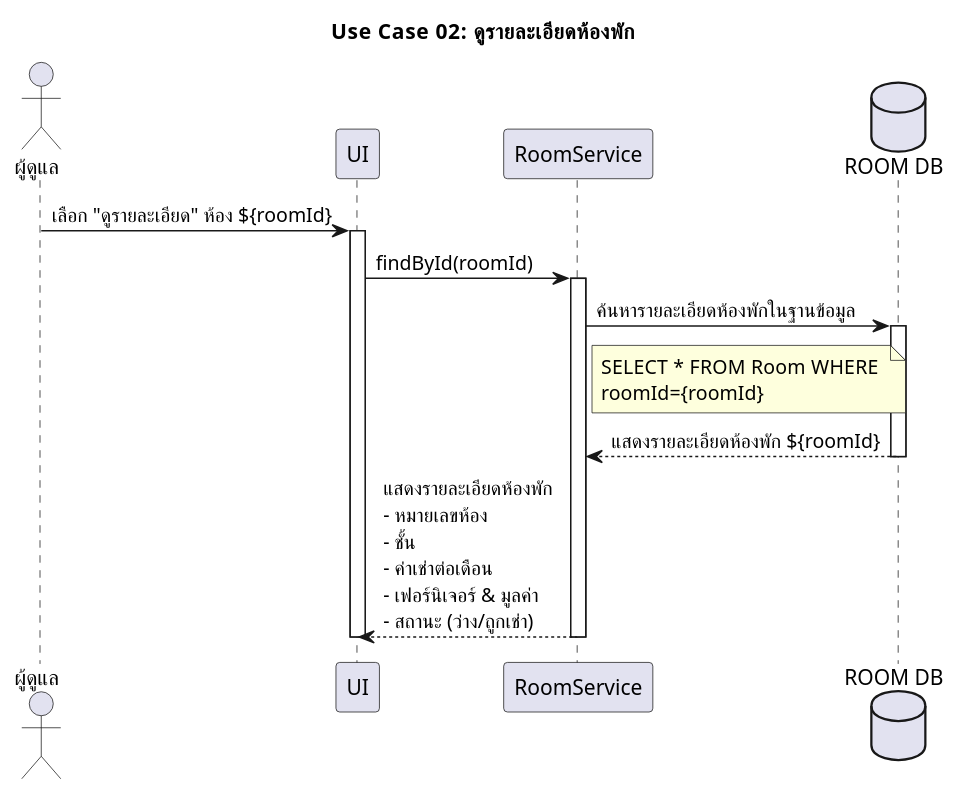
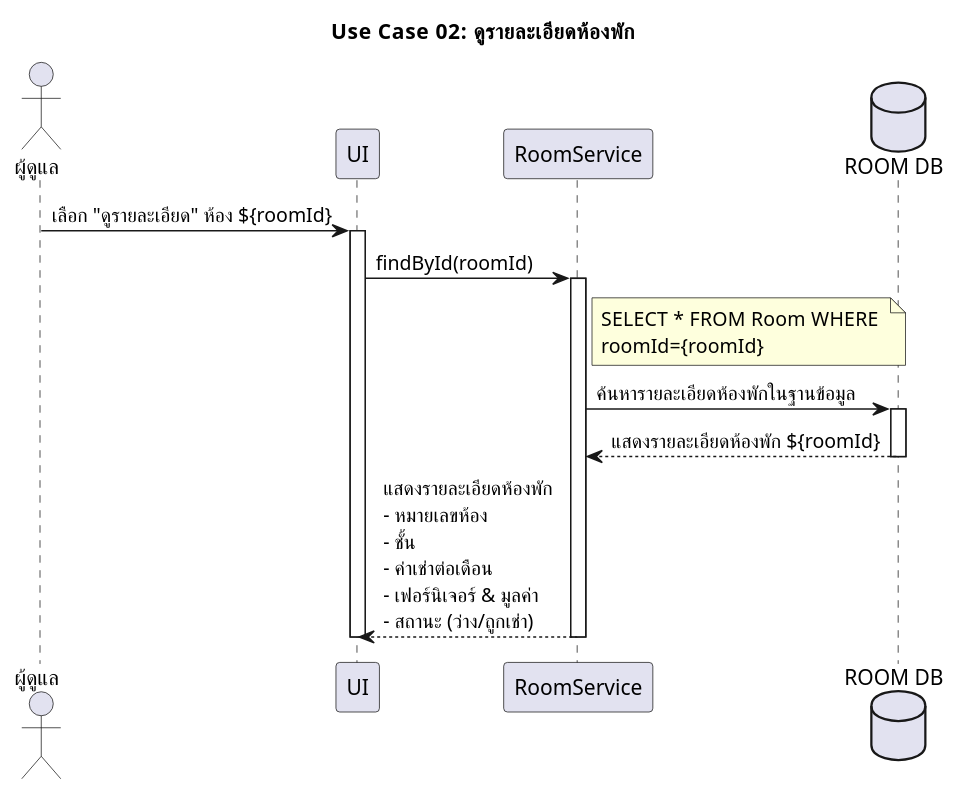
One commit to warinyang/UML-monthly-room-rent changed the diagram in UseCase02_room_detail.plantuml. Above: the diagram before and after it, drawn with PlantUML. The commit also changed 15 other files, not shown here.

```diff
--- a/UseCase02_room_detail.plantuml
+++ b/UseCase02_room_detail.plantuml
@@ -1,26 +1,24 @@
 @startuml Use Case 02: ดูรายละเอียดห้องพัก
 skinparam defaultFontName "TH Sarabun New"
 title Use Case 02: ดูรายละเอียดห้องพัก
 actor "ผู้ดูแล" as Admin
 participant "UI" as UI
 participant "RoomService" as  MSROOM
 database    "ROOM DB"   as Room
 
 Admin -> UI  : เลือก "ดูรายละเอียด" ห้อง ${roomId}
 activate UI
 UI -> MSROOM :findById(roomId)
 activate MSROOM
-MSROOM -> Room : ค้นหารายละเอียดห้องพักในฐานข้อมูล
-
 note right of MSROOM
 SELECT * FROM Room  WHERE 
 roomId={roomId}
 end note
-
+MSROOM -> Room : ค้นหารายละเอียดห้องพักในฐานข้อมูล
 activate Room
 Room --> MSROOM: แสดงรายละเอียดห้องพัก ${roomId}
 deactivate Room
 MSROOM --> UI: แสดงรายละเอียดห้องพัก\n- หมายเลขห้อง\n- ชั้น\n- ค่าเช่าต่อเดือน\n- เฟอร์นิเจอร์ & มูลค่า\n- สถานะ (ว่าง/ถูกเช่า)
 deactivate MSROOM
 deactivate UI
 @enduml
```
